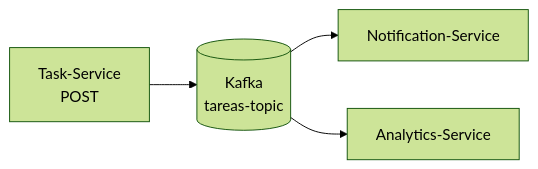
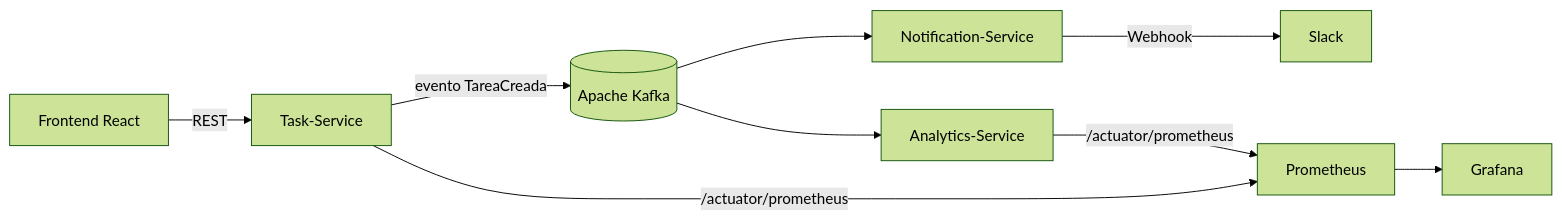
Before and after one commit to chrgomez/devops-event-driven: the first of 2 diagrams in README.md, drawn with Mermaid (forest theme). The commit also changed other lines of this file and 1 other file, not shown here.

````diff
--- a/README.md
+++ b/README.md
@@ -28,6 +30,11 @@
 ```mermaid
 flowchart LR
-    A[Task-Service<br/>POST] --> B[(Kafka<br/>tareas-topic)]
-    B --> C[Notification-Service]
-    B --> D[Analytics-Service]
+    F[Frontend React] -->|REST| T[Task-Service]
+    T -->|evento TareaCreada| K[(Apache Kafka)]
+    K --> N[Notification-Service]
+    K --> A[Analytics-Service]
+    N -->|Webhook| S[Slack]
+    A -->|/actuator/prometheus| P[Prometheus]
+    T -->|/actuator/prometheus| P
+    P --> G[Grafana]
 ```
````
